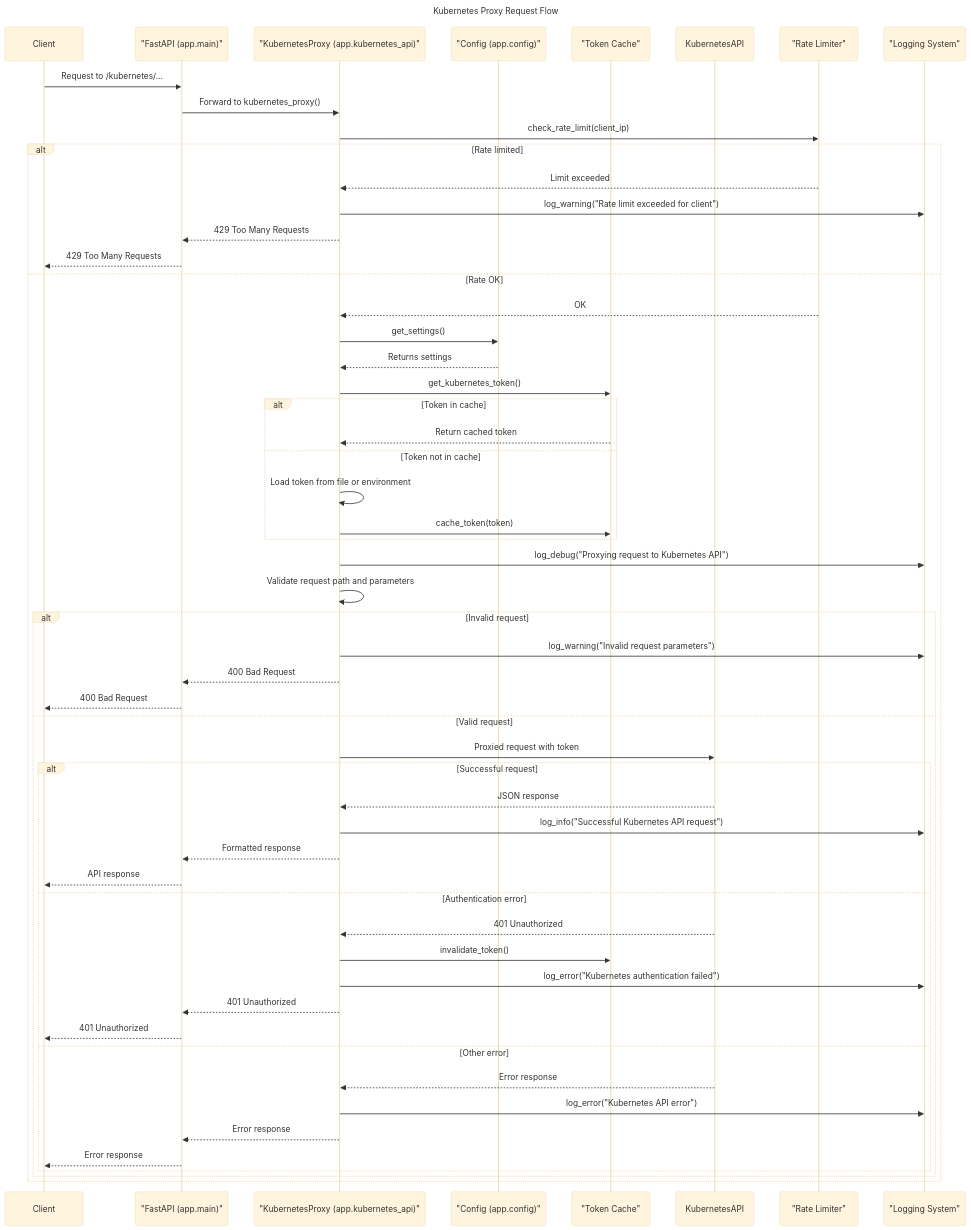
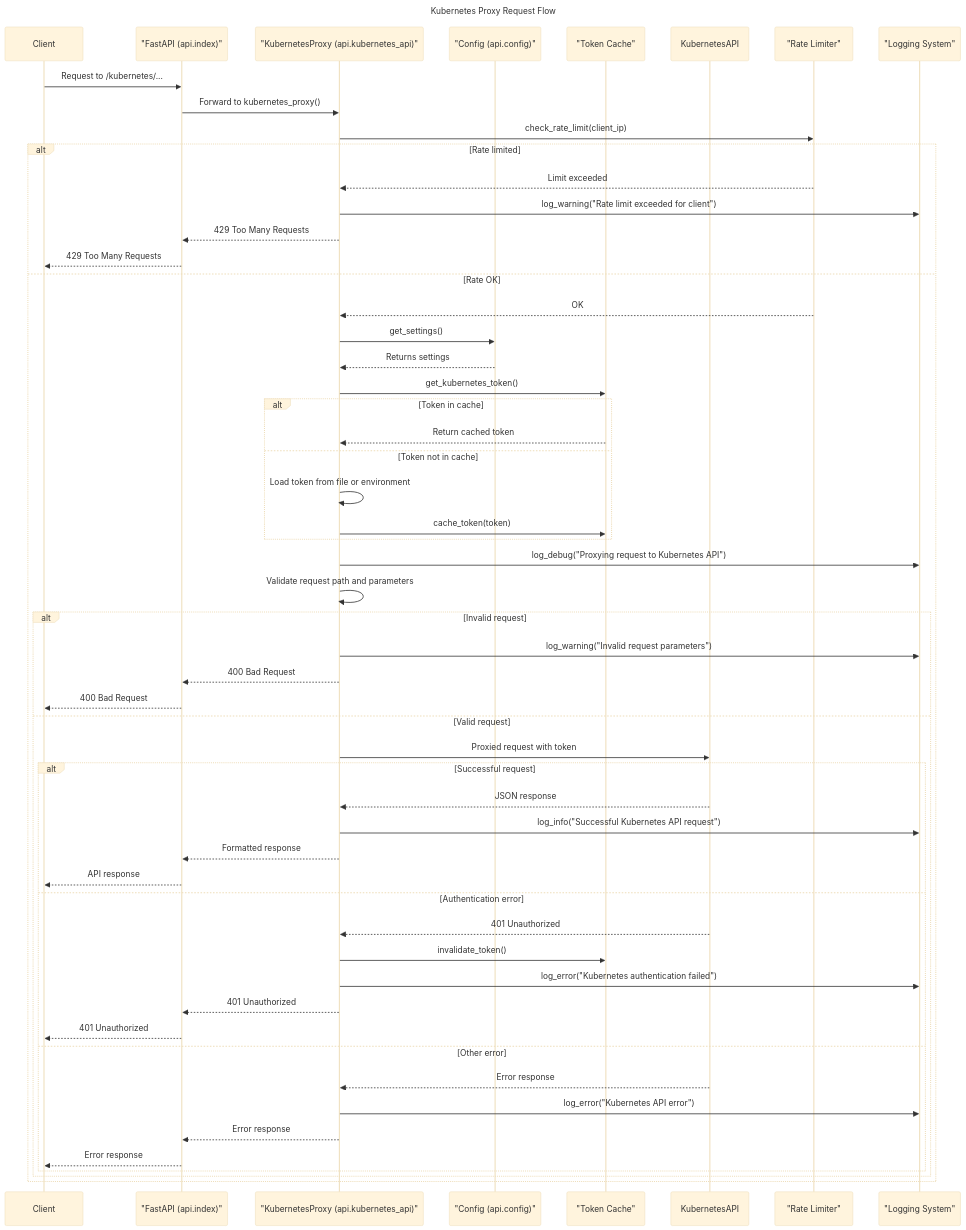
One commit to lloydchang/tvp-k8s changed the eighth of 11 diagrams in README.md. Above: the diagram before and after it, drawn with Mermaid (base theme). The commit also changed other lines of this file and 33 other files, not shown here.

````diff
--- a/README.md
+++ b/README.md
@@ -722,65 +722,65 @@
 ```mermaid
 sequenceDiagram
     title: Kubernetes Proxy Request Flow
     participant Client
-    participant FastAPI as "FastAPI (app.main)"
-    participant KubernetesProxy as "KubernetesProxy (app.kubernetes_api)"
-    participant Config as "Config (app.config)"
+    participant FastAPI as "FastAPI (api.index)"
+    participant KubernetesProxy as "KubernetesProxy (api.kubernetes_api)"
+    participant Config as "Config (api.config)"
     participant Cache as "Token Cache"
     participant KubernetesAPI
     participant RateLimiter as "Rate Limiter"
     participant Logger as "Logging System"
     
     Client->>FastAPI: Request to /kubernetes/...
     FastAPI->>KubernetesProxy: Forward to kubernetes_proxy()
     KubernetesProxy->>RateLimiter: check_rate_limit(client_ip)
     
     alt Rate limited
         RateLimiter-->>KubernetesProxy: Limit exceeded
         KubernetesProxy->>Logger: log_warning("Rate limit exceeded for client")
         KubernetesProxy-->>FastAPI: 429 Too Many Requests
         FastAPI-->>Client: 429 Too Many Requests
     else Rate OK
         RateLimiter-->>KubernetesProxy: OK
         
         KubernetesProxy->>Config: get_settings()
         Config-->>KubernetesProxy: Returns settings
         
         KubernetesProxy->>Cache: get_kubernetes_token()
         alt Token in cache
             Cache-->>KubernetesProxy: Return cached token
         else Token not in cache
             KubernetesProxy->>KubernetesProxy: Load token from file or environment
             KubernetesProxy->>Cache: cache_token(token)
         end
         
         KubernetesProxy->>Logger: log_debug("Proxying request to Kubernetes API")
         KubernetesProxy->>KubernetesProxy: Validate request path and parameters
         
         alt Invalid request
             KubernetesProxy->>Logger: log_warning("Invalid request parameters")
             KubernetesProxy-->>FastAPI: 400 Bad Request
             FastAPI-->>Client: 400 Bad Request
         else Valid request
             KubernetesProxy->>KubernetesAPI: Proxied request with token
             
             alt Successful request
                 KubernetesAPI-->>KubernetesProxy: JSON response
                 KubernetesProxy->>Logger: log_info("Successful Kubernetes API request")
                 KubernetesProxy-->>FastAPI: Formatted response
                 FastAPI-->>Client: API response
             else Authentication error
                 KubernetesAPI-->>KubernetesProxy: 401 Unauthorized
                 KubernetesProxy->>Cache: invalidate_token()
                 KubernetesProxy->>Logger: log_error("Kubernetes authentication failed")
                 KubernetesProxy-->>FastAPI: 401 Unauthorized
                 FastAPI-->>Client: 401 Unauthorized
             else Other error
                 KubernetesAPI-->>KubernetesProxy: Error response
                 KubernetesProxy->>Logger: log_error("Kubernetes API error")
                 KubernetesProxy-->>FastAPI: Error response
                 FastAPI-->>Client: Error response
             end
         end
     end
 ```
````
